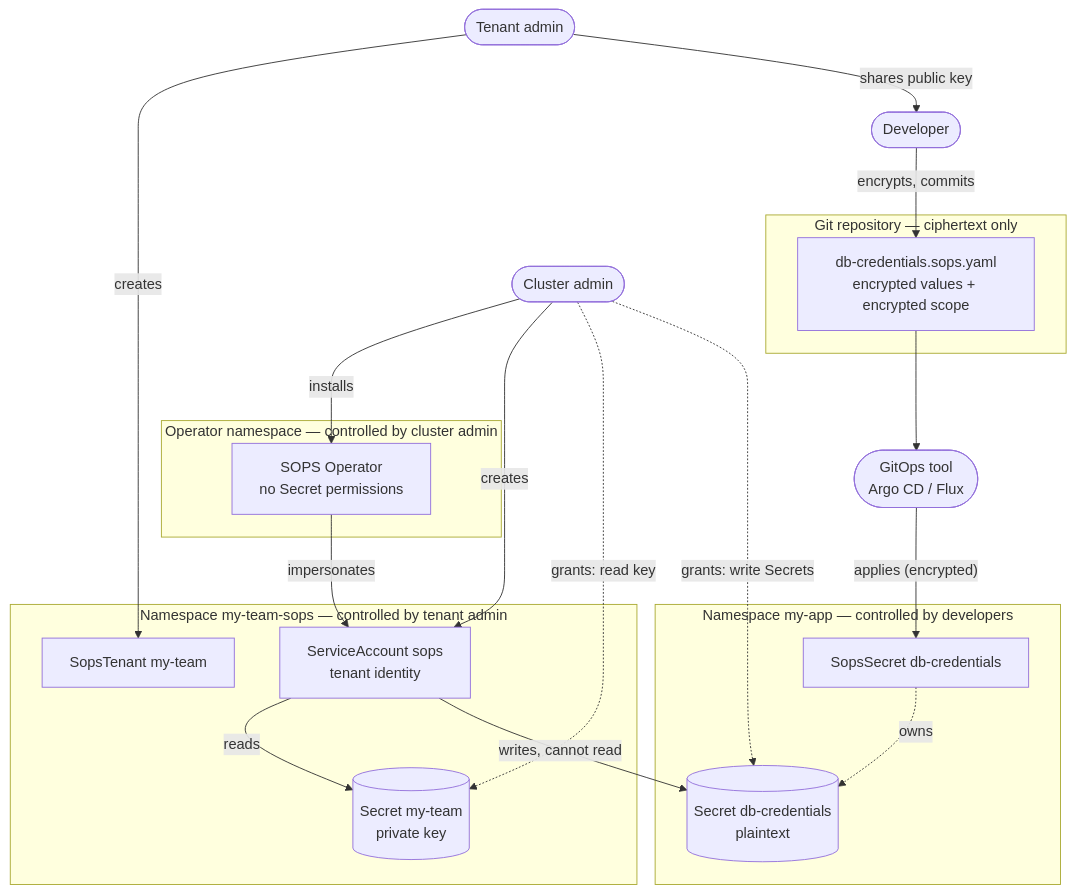
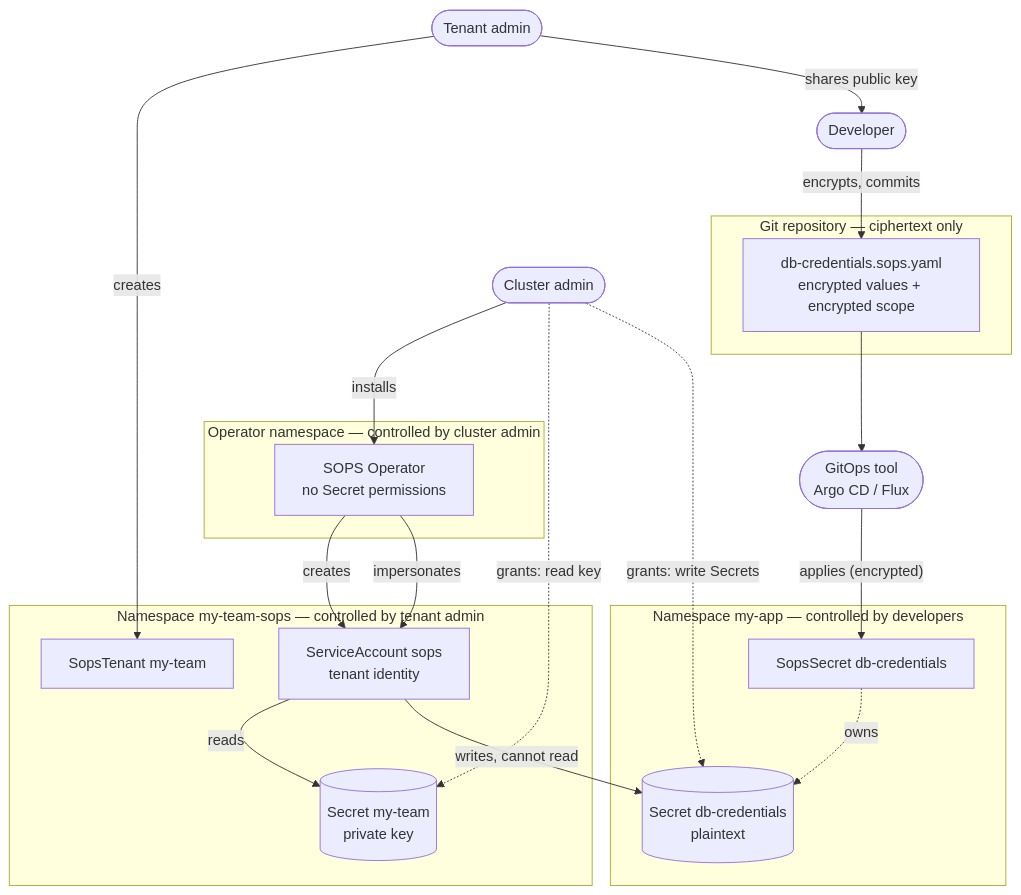
The diagram in README.md (stakater/sops-operator), drawn with Mermaid before and after one commit. The commit also changed other lines of this file and 10 other files, not shown here.

````diff
--- a/README.md
+++ b/README.md
@@ -111,41 +111,41 @@
 ```mermaid
 flowchart TB
     CA(["Cluster admin"])
     TA(["Tenant admin"])
     DEV(["Developer"])
 
     subgraph GIT["Git repository — ciphertext only"]
         FILE["db-credentials.sops.yaml<br/>encrypted values + encrypted scope"]
     end
 
     GITOPS(["GitOps tool<br/>Argo CD / Flux"])
 
     subgraph OPNS["Operator namespace — controlled by cluster admin"]
         OP["SOPS Operator<br/>no Secret permissions"]
     end
 
     subgraph TNS["Namespace my-team-sops — controlled by tenant admin"]
         TEN["SopsTenant my-team"]
         KEY[("Secret my-team<br/>private key")]
         SA["ServiceAccount sops<br/>tenant identity"]
     end
 
     subgraph APP["Namespace my-app — controlled by developers"]
         SS["SopsSecret db-credentials"]
         OUT[("Secret db-credentials<br/>plaintext")]
     end
 
     CA -->|installs| OP
-    CA -->|creates| SA
+    OP -->|creates| SA
     CA -.->|"grants: read key"| KEY
     CA -.->|"grants: write Secrets"| OUT
     TA -->|creates| TEN
     TA -->|"shares public key"| DEV
     DEV -->|"encrypts, commits"| FILE
     FILE --> GITOPS
     GITOPS -->|"applies (encrypted)"| SS
     OP -->|impersonates| SA
     SA -->|reads| KEY
     SA -->|"writes, cannot read"| OUT
     SS -.->|owns| OUT
 ```
````
